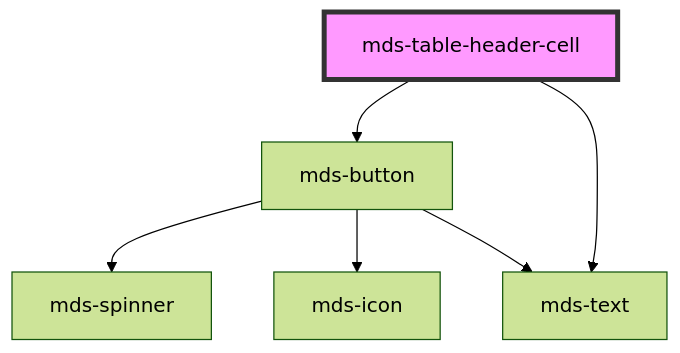
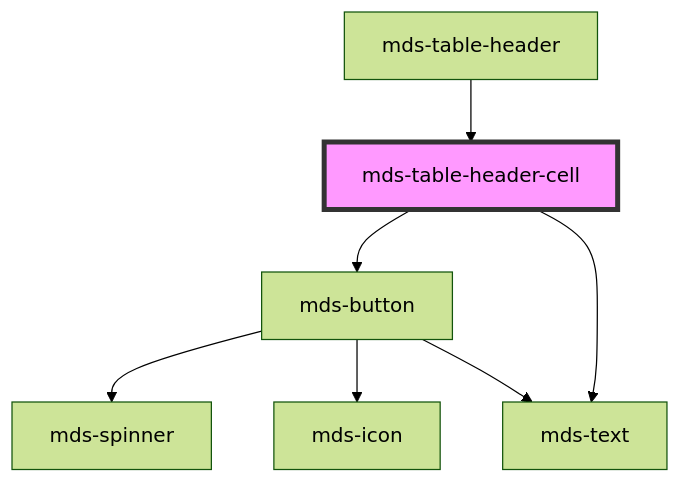
The diagram in projects/stencil/src/components/mds-table-header-cell/readme.md (magma-design-system/magma), drawn with Mermaid (forest theme) before and after one commit. The commit also changed other lines of this file and 12 other files, not shown here.

Commit message:
fix(mds-table): refine actions interaction

````diff
--- a/projects/stencil/src/components/mds-table-header-cell/readme.md
+++ b/projects/stencil/src/components/mds-table-header-cell/readme.md
@@ -40,9 +44,10 @@
 ```mermaid
 graph TD;
   mds-table-header-cell --> mds-button
   mds-table-header-cell --> mds-text
   mds-button --> mds-spinner
   mds-button --> mds-icon
   mds-button --> mds-text
+  mds-table-header --> mds-table-header-cell
   style mds-table-header-cell fill:#f9f,stroke:#333,stroke-width:4px
 ```
````
